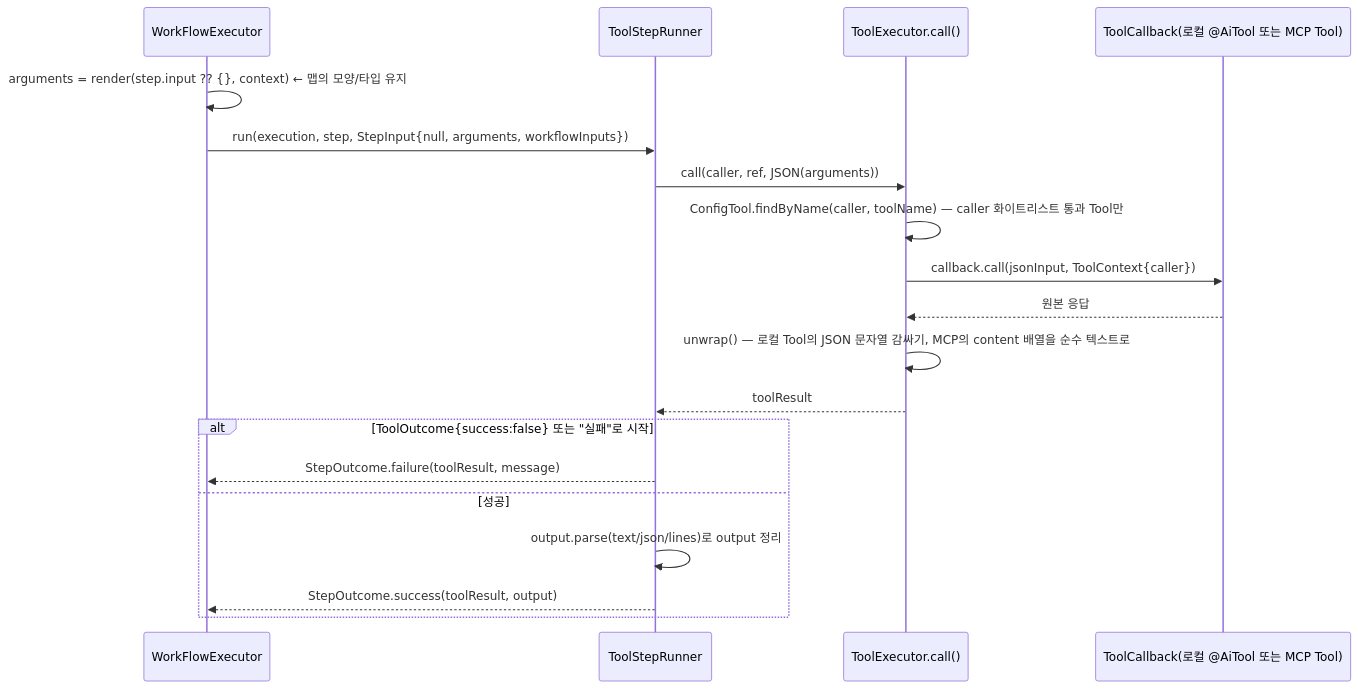
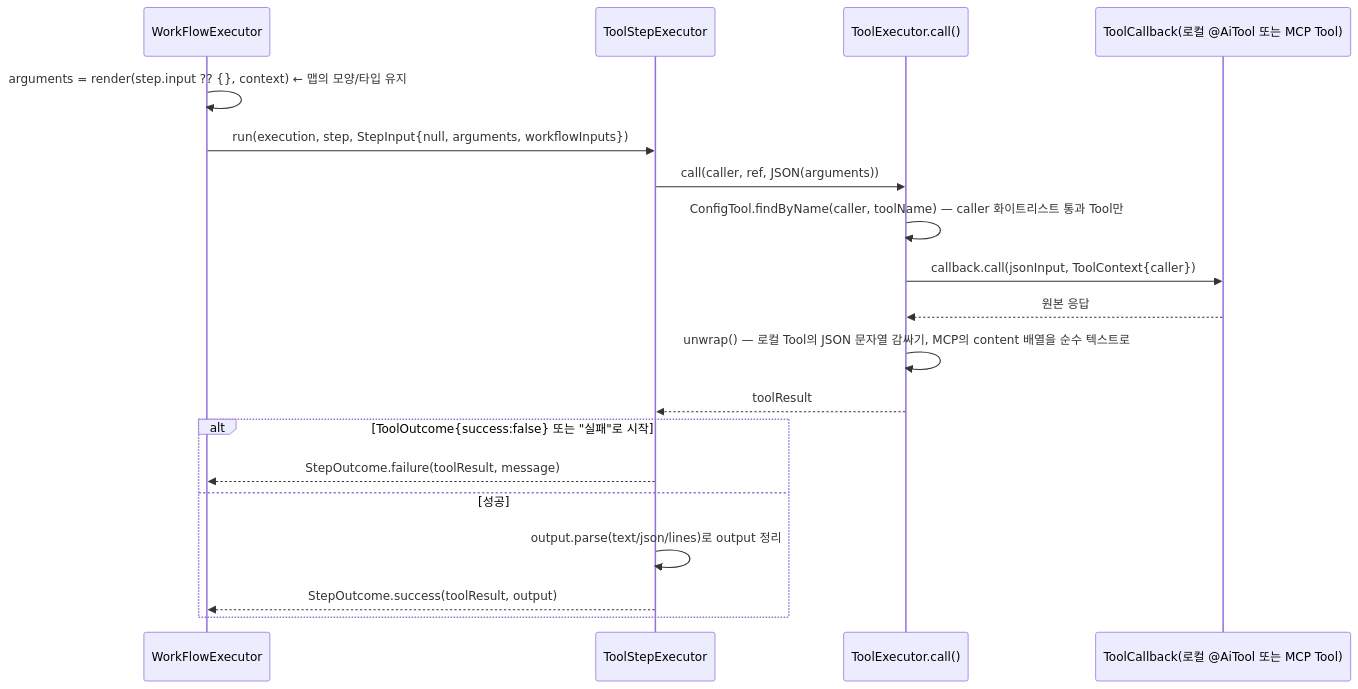
Before and after one commit to YongSoekChoeng/dstone: the eighth of 10 diagrams in docs/09.dstone-ai-engine.md, drawn with Mermaid. The commit also changed other lines of this file and 28 other files, not shown here.

````diff
--- a/docs/09.dstone-ai-engine.md
+++ b/docs/09.dstone-ai-engine.md
@@ -529,21 +529,21 @@
 ```mermaid
 sequenceDiagram
     participant WE as WorkFlowExecutor
-    participant TSR as ToolStepRunner
+    participant TSR as ToolStepExecutor
     participant TE as ToolExecutor.call()
     participant CB as ToolCallback(로컬 @AiTool 또는 MCP Tool)
     WE->>WE: arguments = render(step.input ?? {}, context)  ← 맵의 모양/타입 유지
     WE->>TSR: run(execution, step, StepInput{null, arguments, workflowInputs})
     TSR->>TE: call(caller, ref, JSON(arguments))
     TE->>TE: ConfigTool.findByName(caller, toolName) — caller 화이트리스트 통과 Tool만
     TE->>CB: callback.call(jsonInput, ToolContext{caller})
     CB-->>TE: 원본 응답
     TE->>TE: unwrap() — 로컬 Tool의 JSON 문자열 감싸기, MCP의 content 배열을 순수 텍스트로
     TE-->>TSR: toolResult
     alt ToolOutcome{success:false} 또는 "실패"로 시작
         TSR-->>WE: StepOutcome.failure(toolResult, message)
     else 성공
         TSR->>TSR: output.parse(text/json/lines)로 output 정리
         TSR-->>WE: StepOutcome.success(toolResult, output)
     end
 ```
````
